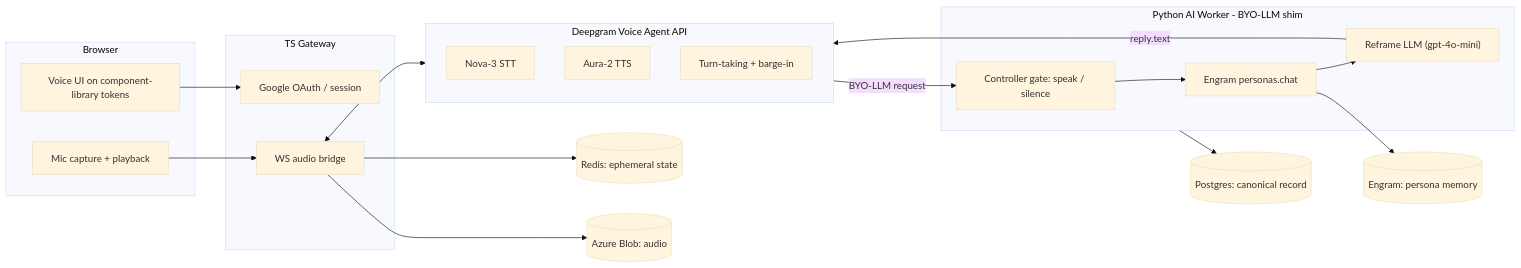
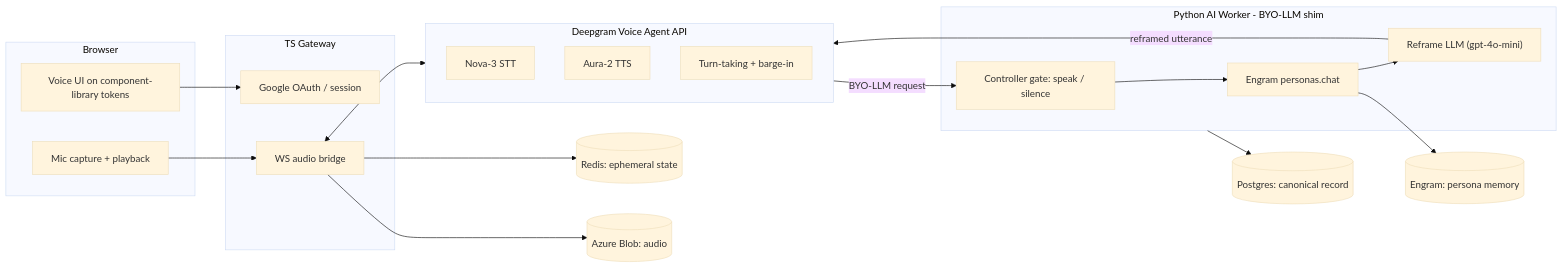
The first of 2 diagrams in docs/TRD.md (m-tauqueer/voice-bot), drawn with Mermaid (base theme) before and after one commit. The commit also changed other lines of this file and 11 other files, not shown here.

````diff
--- a/docs/TRD.md
+++ b/docs/TRD.md
@@ -62,41 +62,41 @@
 ```mermaid
 flowchart LR
   subgraph client [Browser]
     mic["Mic capture + playback"]
     ui["Voice UI on component-library tokens"]
   end
 
   subgraph gw [TS Gateway]
     auth["Google OAuth / session"]
     bridge["WS audio bridge"]
   end
 
   subgraph dg [Deepgram Voice Agent API]
     stt["Nova-3 STT"]
     tts["Aura-2 TTS"]
     turns["Turn-taking + barge-in"]
   end
 
   subgraph worker [Python AI Worker - BYO-LLM shim]
     ctl["Controller gate: speak / silence"]
     brain["Engram personas.chat"]
     reframe["Reframe LLM (gpt-4o-mini)"]
   end
 
   redis[("Redis: ephemeral state")]
   pg[("Postgres: canonical record")]
   blob[("Azure Blob: audio")]
   engram[("Engram: persona memory")]
 
   mic --> bridge
   ui --> auth
   bridge <--> dg
   dg -->|"BYO-LLM request"| ctl
   ctl --> brain
   brain --> engram
   brain --> reframe
-  reframe -->|"reply.text"| dg
+  reframe -->|"reframed utterance"| dg
   bridge --> redis
   worker --> pg
   bridge --> blob
 ```
````
